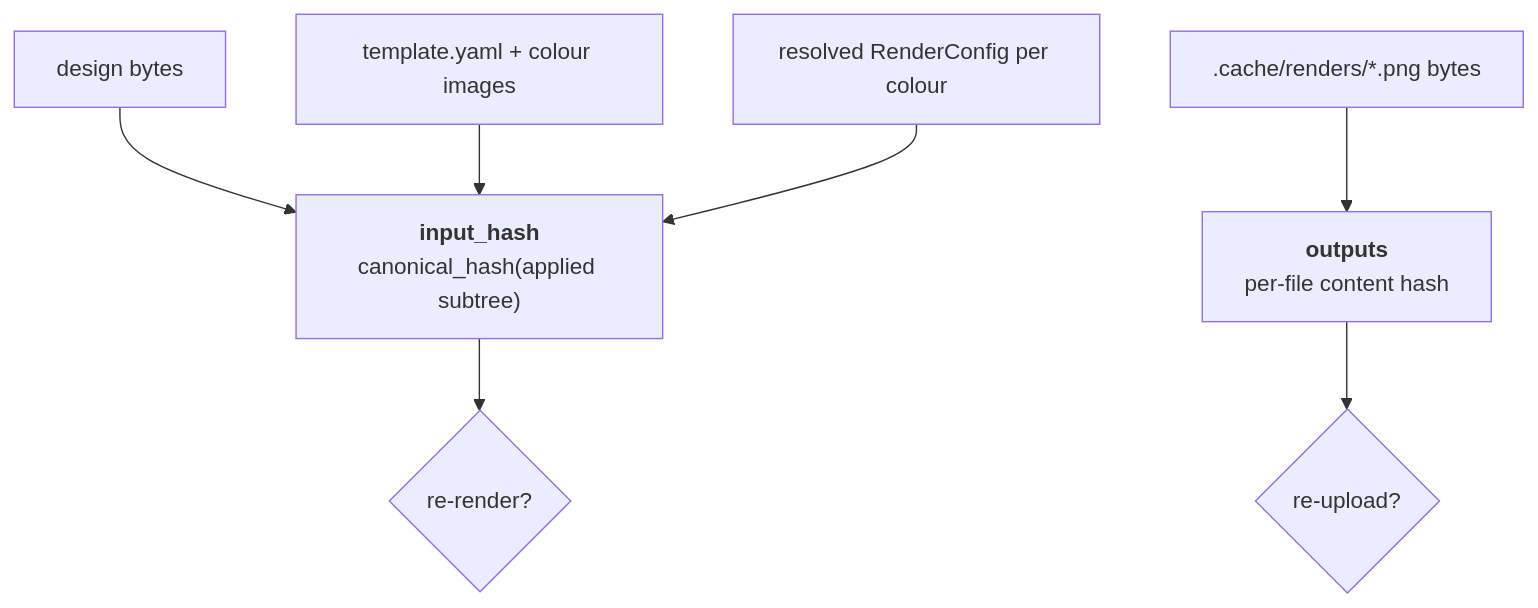
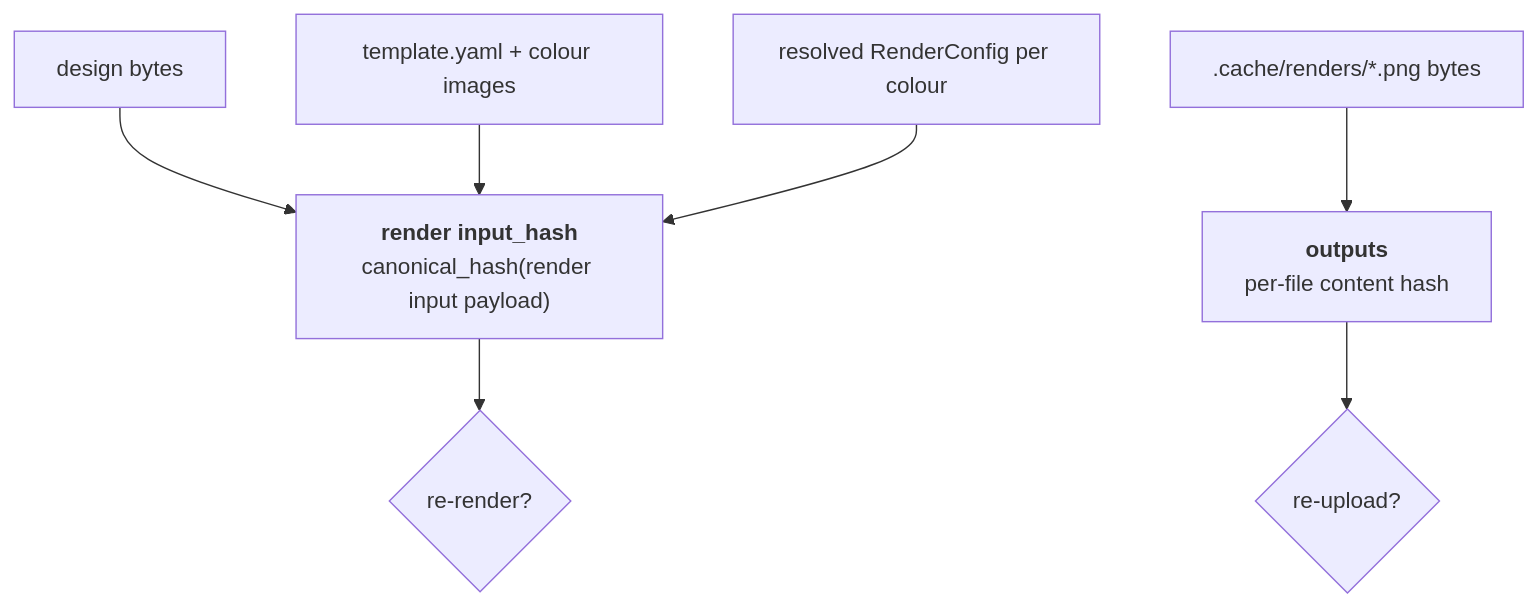
One commit to eli-jordan/etsy-listing-automation changed the fourth of 5 diagrams in docs/architecture.md. Above: the diagram before and after it, drawn with Mermaid. The commit also changed other lines of this file and 45 other files, not shown here.

Commit message:
Fix selected architecture findings and document current application

````diff
--- a/docs/architecture.md
+++ b/docs/architecture.md
@@ -140,10 +190,10 @@
 ```mermaid
 graph TD
     Design["design bytes"] --> IH
     Template["template.yaml + colour images"] --> IH
     Cfg["resolved RenderConfig per colour"] --> IH
-    IH["<b>input_hash</b><br/>canonical_hash(applied subtree)"] --> Rerender{"re-render?"}
+    IH["<b>render input_hash</b><br/>canonical_hash(render input payload)"] --> Rerender{"re-render?"}
 
     Png[".cache/renders/*.png bytes"] --> OH["<b>outputs</b><br/>per-file content hash"]
     OH --> Reupload{"re-upload?"}
 ```
````
